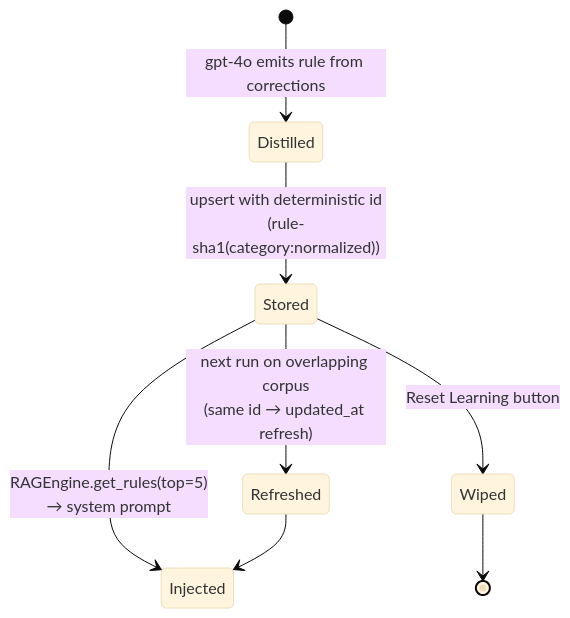
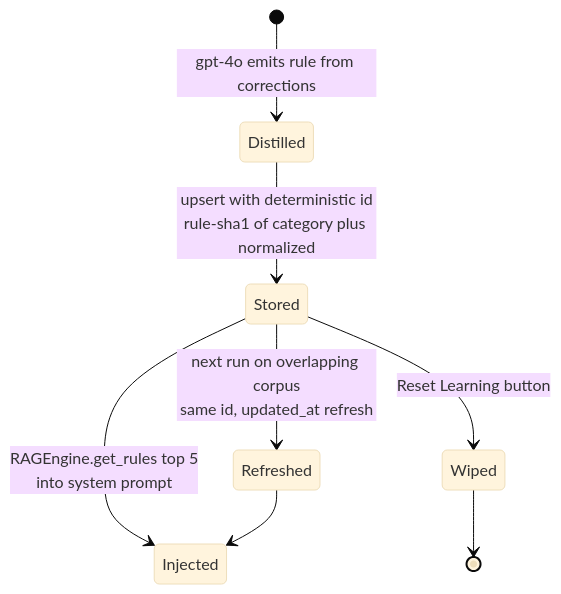
The fourth of 7 diagrams in docs/SELF_LEARNING.md (nishant5790/doc-mind-ai), drawn with Mermaid (base theme) before and after one commit. The commit also changed 5 other files, not shown here.

````diff
--- a/docs/SELF_LEARNING.md
+++ b/docs/SELF_LEARNING.md
@@ -126,10 +126,10 @@
 ```mermaid
 stateDiagram-v2
-    [*] --> Distilled : gpt-4o emits rule from corrections
-    Distilled --> Stored : upsert with deterministic id<br/>(rule-sha1(category:normalized))
-    Stored --> Refreshed : next run on overlapping corpus<br/>(same id → updated_at refresh)
-    Stored --> Injected : RAGEngine.get_rules(top=5)<br/>→ system prompt
-    Stored --> Wiped : Reset Learning button
+    [*] --> Distilled: gpt-4o emits rule from corrections
+    Distilled --> Stored: upsert with deterministic id<br/>rule-sha1 of category plus normalized
+    Stored --> Refreshed: next run on overlapping corpus<br/>same id, updated_at refresh
+    Stored --> Injected: RAGEngine.get_rules top 5<br/>into system prompt
+    Stored --> Wiped: Reset Learning button
     Refreshed --> Injected
     Wiped --> [*]
 ```
````
